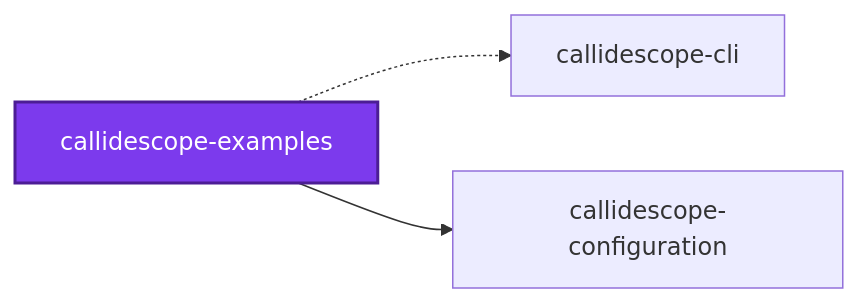
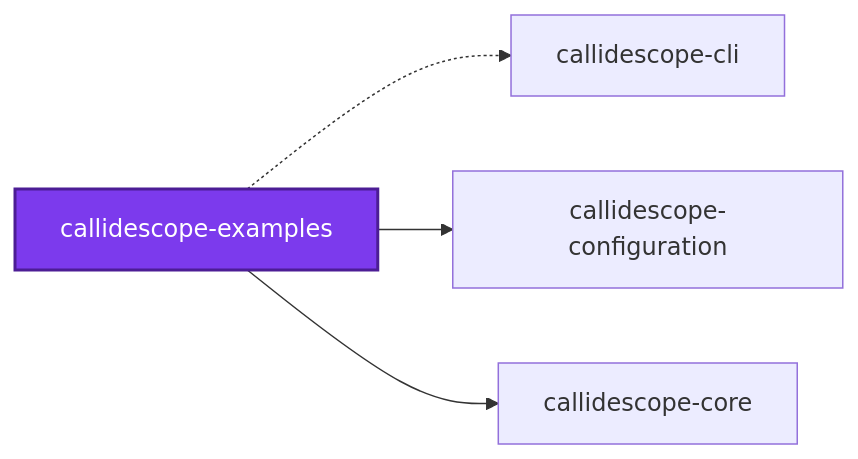
One commit to JimmyPaolini/codebase changed the first of 2 diagrams in packages/ic-suite/callidescope/callidescope-examples/README.md. Above: the diagram before and after it, drawn with Mermaid. The commit also changed 78 other files, not shown here.

````diff
--- a/packages/ic-suite/callidescope/callidescope-examples/README.md
+++ b/packages/ic-suite/callidescope/callidescope-examples/README.md
@@ -849,10 +849,12 @@
 ```mermaid
 graph LR
   callidescope_cli["callidescope-cli"]
   callidescope_configuration["callidescope-configuration"]
+  callidescope_core["callidescope-core"]
   callidescope_examples["callidescope-examples"]
   callidescope_examples -.-> callidescope_cli
   callidescope_examples --> callidescope_configuration
+  callidescope_examples --> callidescope_core
   classDef subject fill:#7c3aed,color:#fff,stroke:#4c1d95,stroke-width:2px
   class callidescope_examples subject
 ```
````
